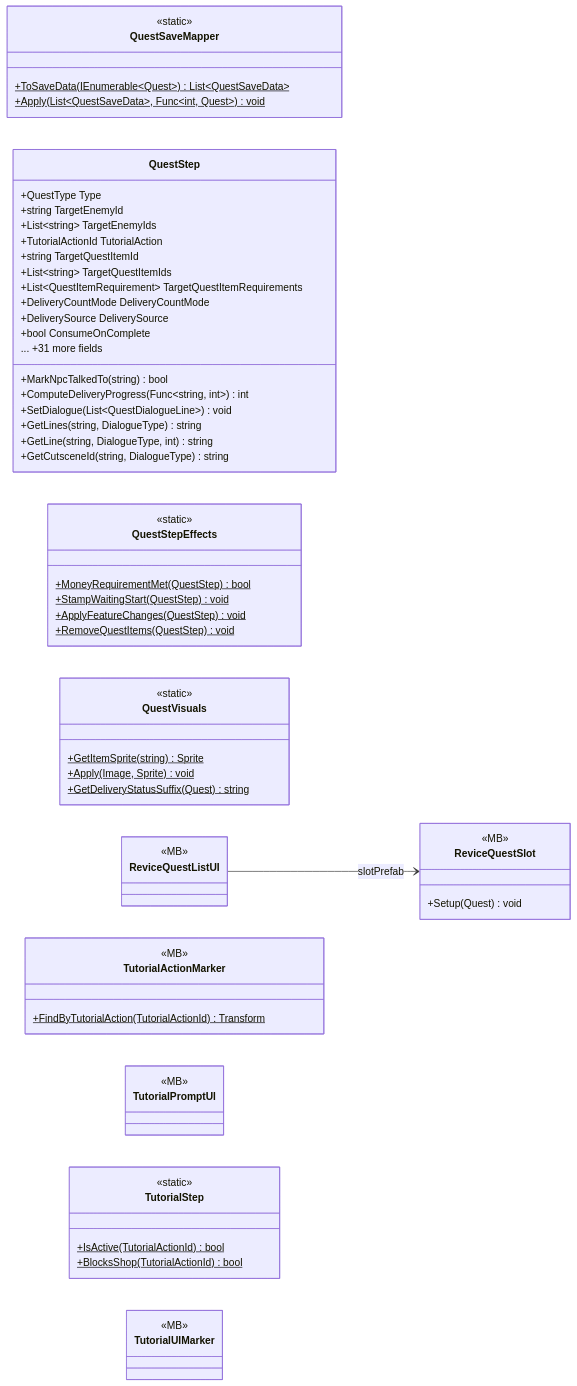
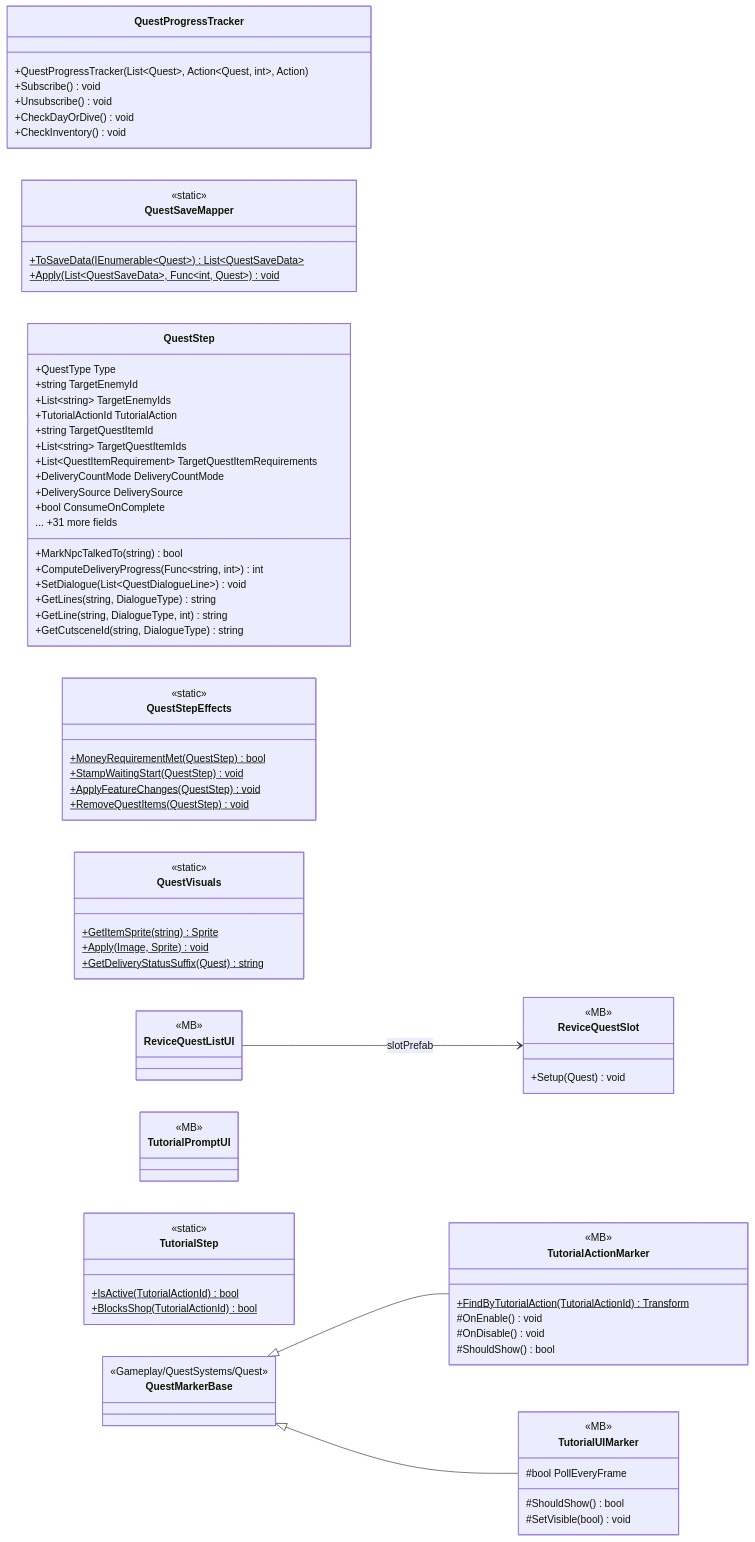
The second of 2 diagrams in docs/uml/modules/Gameplay_QuestSystems_Quest.md (PhumipatWave/project-ocean), drawn with Mermaid before and after one commit. The commit also changed other lines of this file and 71 other files, not shown here.

Commit message:
Update UML diagrams

````diff
--- a/docs/uml/modules/Gameplay_QuestSystems_Quest.md
+++ b/docs/uml/modules/Gameplay_QuestSystems_Quest.md
@@ -232,64 +240,82 @@
 ```mermaid
 classDiagram
   direction LR
+  class QuestProgressTracker {
+    +QuestProgressTracker(List~Quest~, Action~Quest, int~, Action)
+    +Subscribe() void
+    +Unsubscribe() void
+    +CheckDayOrDive() void
+    +CheckInventory() void
+  }
   class QuestSaveMapper {
     <<static>>
     +ToSaveData(IEnumerable~Quest~)$ List~QuestSaveData~
     +Apply(List~QuestSaveData~, Func~int, Quest~)$ void
   }
   class QuestStep {
     +QuestType Type
     +string TargetEnemyId
     +List~string~ TargetEnemyIds
     +TutorialActionId TutorialAction
     +string TargetQuestItemId
     +List~string~ TargetQuestItemIds
     +List~QuestItemRequirement~ TargetQuestItemRequirements
     +DeliveryCountMode DeliveryCountMode
     +DeliverySource DeliverySource
     +bool ConsumeOnComplete
     ... +31 more fields
     +MarkNpcTalkedTo(string) bool
     +ComputeDeliveryProgress(Func~string, int~) int
     +SetDialogue(List~QuestDialogueLine~) void
     +GetLines(string, DialogueType) string
     +GetLine(string, DialogueType, int) string
     +GetCutsceneId(string, DialogueType) string
   }
   class QuestStepEffects {
     <<static>>
     +MoneyRequirementMet(QuestStep)$ bool
     +StampWaitingStart(QuestStep)$ void
     +ApplyFeatureChanges(QuestStep)$ void
     +RemoveQuestItems(QuestStep)$ void
   }
   class QuestVisuals {
     <<static>>
     +GetItemSprite(string)$ Sprite
     +Apply(Image, Sprite)$ void
     +GetDeliveryStatusSuffix(Quest)$ string
   }
   class ReviceQuestListUI {
     <<MB>>
   }
   class ReviceQuestSlot {
     <<MB>>
     +Setup(Quest) void
   }
   class TutorialActionMarker {
     <<MB>>
     +FindByTutorialAction(TutorialActionId)$ Transform
+    #OnEnable() void
+    #OnDisable() void
+    #ShouldShow() bool
   }
   class TutorialPromptUI {
     <<MB>>
   }
   class TutorialStep {
     <<static>>
     +IsActive(TutorialActionId)$ bool
     +BlocksShop(TutorialActionId)$ bool
   }
   class TutorialUIMarker {
     <<MB>>
+    #bool PollEveryFrame
+    #ShouldShow() bool
+    #SetVisible(bool) void
   }
+  class QuestMarkerBase {
+    <<Gameplay/QuestSystems/Quest>>
+  }
+  QuestMarkerBase <|-- TutorialActionMarker
+  QuestMarkerBase <|-- TutorialUIMarker
   ReviceQuestListUI --> ReviceQuestSlot : slotPrefab
 ```
````
